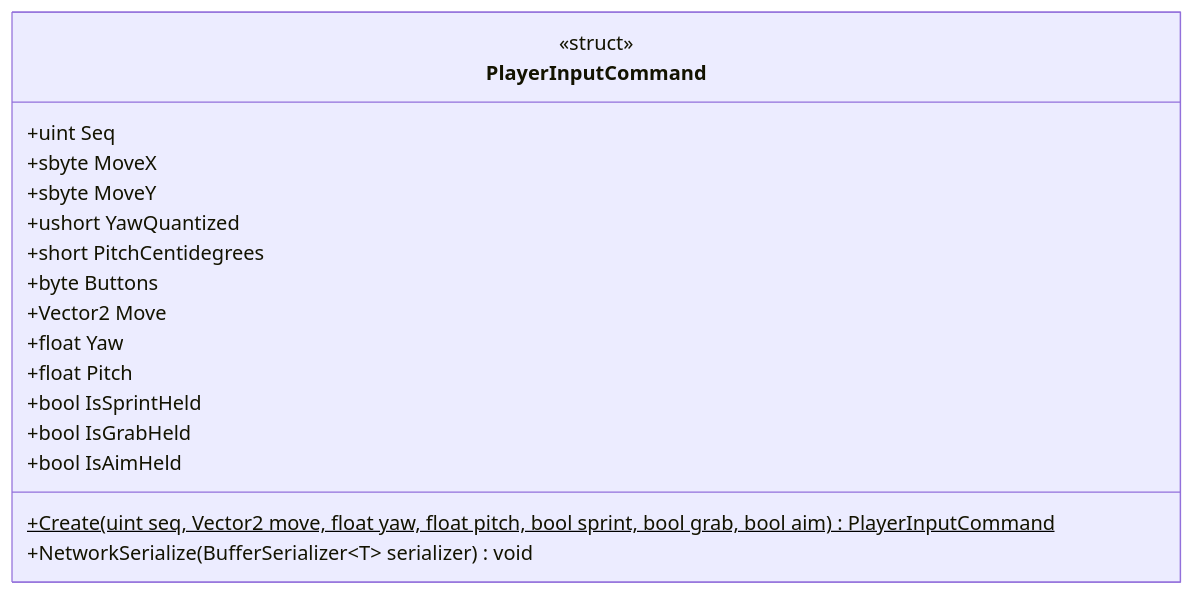
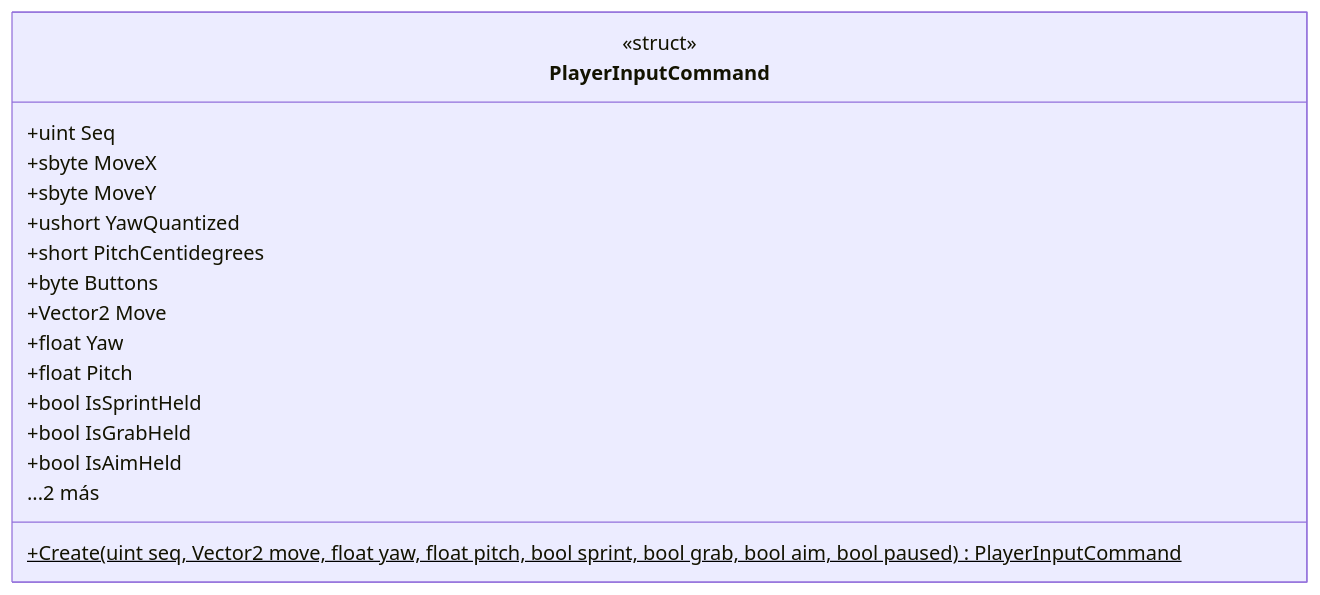
Before and after one commit to Chacashi/Alien-Farms: the diagram in Docs/Arquitectura/Clases/Networking/PlayerInputCommand.md, drawn with Mermaid. The commit also changed other lines of this file and 257 other files, not shown here.

````diff
--- a/Docs/Arquitectura/Clases/Networking/PlayerInputCommand.md
+++ b/Docs/Arquitectura/Clases/Networking/PlayerInputCommand.md
@@ -18,22 +18,22 @@
 ```mermaid
 classDiagram
   direction LR
   class PlayerInputCommand {
     <<struct>>
     +uint Seq
     +sbyte MoveX
     +sbyte MoveY
     +ushort YawQuantized
     +short PitchCentidegrees
     +byte Buttons
-    +Create(uint seq, Vector2 move, float yaw, float pitch, bool sprint, bool grab, bool aim)$ PlayerInputCommand
+    +Create(uint seq, Vector2 move, float yaw, float pitch, bool sprint, bool grab, bool aim, bool paused)$ PlayerInputCommand
     +Vector2 Move
     +float Yaw
     +float Pitch
     +bool IsSprintHeld
     +bool IsGrabHeld
     +bool IsAimHeld
-    +NetworkSerialize(BufferSerializer~T~ serializer) void
+    ...2 más
   }
   classDef external fill:#eee,stroke:#999,stroke-dasharray: 4 3,color:#555
 ```
````
